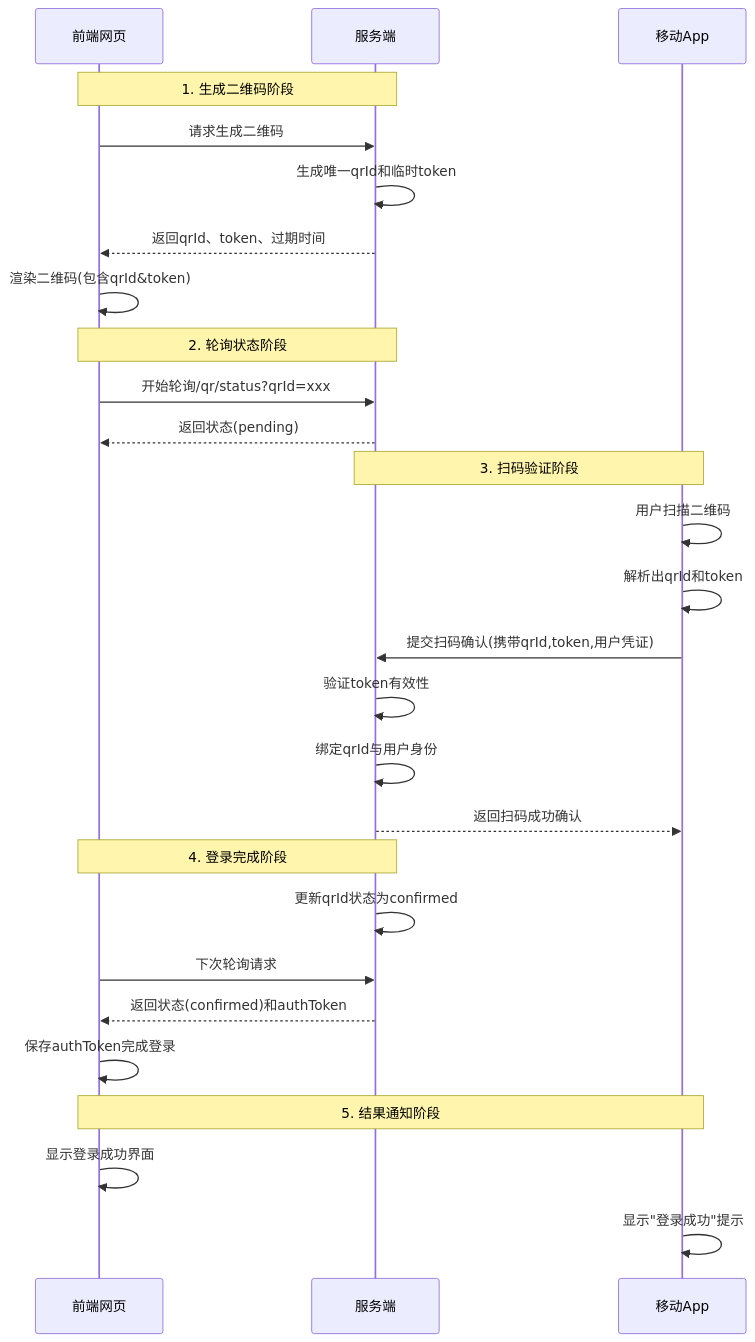
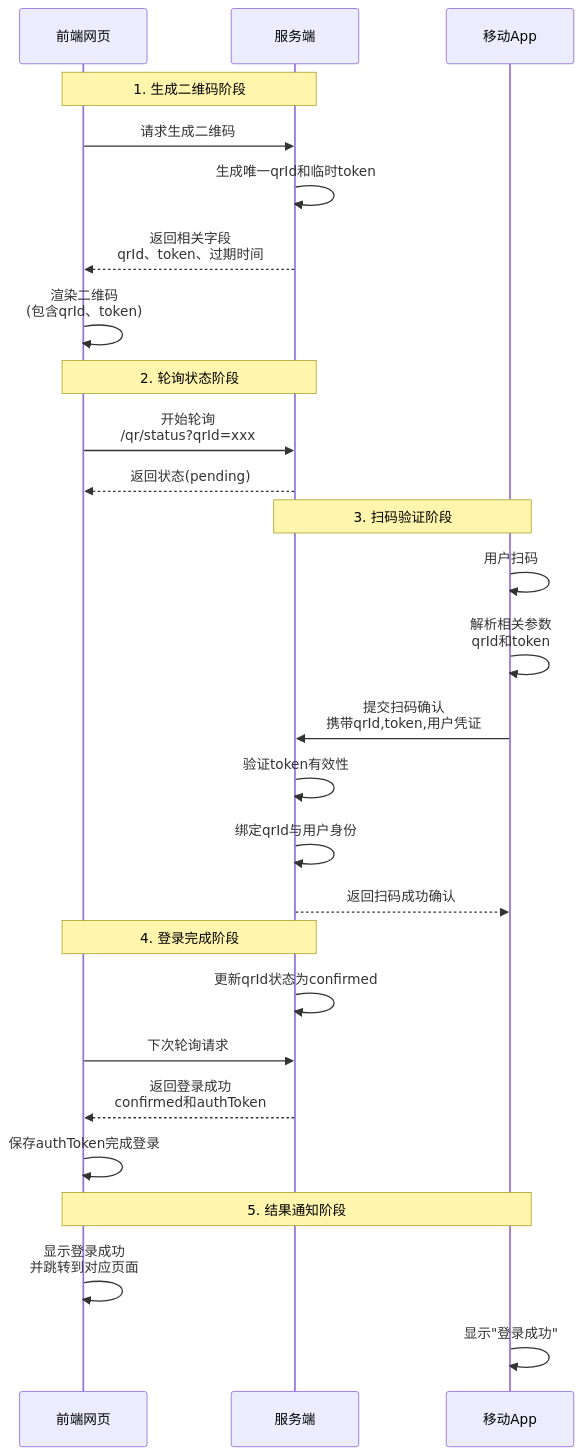
One commit to ykshang/MyBlog changed the first of 2 diagrams in docs/notes/ClassicFrontInterview/1.乱七八糟/前端扫码登录如何实现.md. Above: the diagram before and after it, drawn with Mermaid. The commit also changed other lines of this file, not shown here.

````diff
--- a/docs/notes/ClassicFrontInterview/1.乱七八糟/前端扫码登录如何实现.md
+++ b/docs/notes/ClassicFrontInterview/1.乱七八糟/前端扫码登录如何实现.md
@@ -13,35 +13,35 @@
 ```mermaid
 sequenceDiagram
     participant 前端网页
     participant 服务端
     participant 移动App
 
     Note over 前端网页,服务端: 1. 生成二维码阶段
     前端网页->>服务端: 请求生成二维码
     服务端->>服务端: 生成唯一qrId和临时token
-    服务端-->>前端网页: 返回qrId、token、过期时间
-    前端网页->>前端网页: 渲染二维码(包含qrId&token)
+    服务端-->>前端网页: 返回相关字段<br/>qrId、token、过期时间
+    前端网页->>前端网页: 渲染二维码<br/>(包含qrId、token)
 
     Note over 前端网页,服务端: 2. 轮询状态阶段
-    前端网页->>服务端: 开始轮询/qr/status?qrId=xxx
+    前端网页->>服务端: 开始轮询 <br/> /qr/status?qrId=xxx
     服务端-->>前端网页: 返回状态(pending)
 
     Note over 移动App,服务端: 3. 扫码验证阶段
-    移动App->>移动App: 用户扫描二维码
-    移动App->>移动App: 解析出qrId和token
-    移动App->>服务端: 提交扫码确认(携带qrId,token,用户凭证)
+    移动App->>移动App: 用户扫码
+    移动App->>移动App: 解析相关参数<br/>qrId和token
+    移动App->>服务端: 提交扫码确认<br/>携带qrId,token,用户凭证
     服务端->>服务端: 验证token有效性
     服务端->>服务端: 绑定qrId与用户身份
     服务端-->>移动App: 返回扫码成功确认
 
     Note over 前端网页,服务端: 4. 登录完成阶段
     服务端->>服务端: 更新qrId状态为confirmed
     前端网页->>服务端: 下次轮询请求
-    服务端-->>前端网页: 返回状态(confirmed)和authToken
+    服务端-->>前端网页: 返回登录成功<br/> confirmed和authToken
     前端网页->>前端网页: 保存authToken完成登录
 
     Note over 前端网页,移动App: 5. 结果通知阶段
-    前端网页->>前端网页: 显示登录成功界面
-    移动App->>移动App: 显示"登录成功"提示
+    前端网页->>前端网页: 显示登录成功<br/>并跳转到对应页面
+    移动App->>移动App: 显示"登录成功"
 
 ```
````
